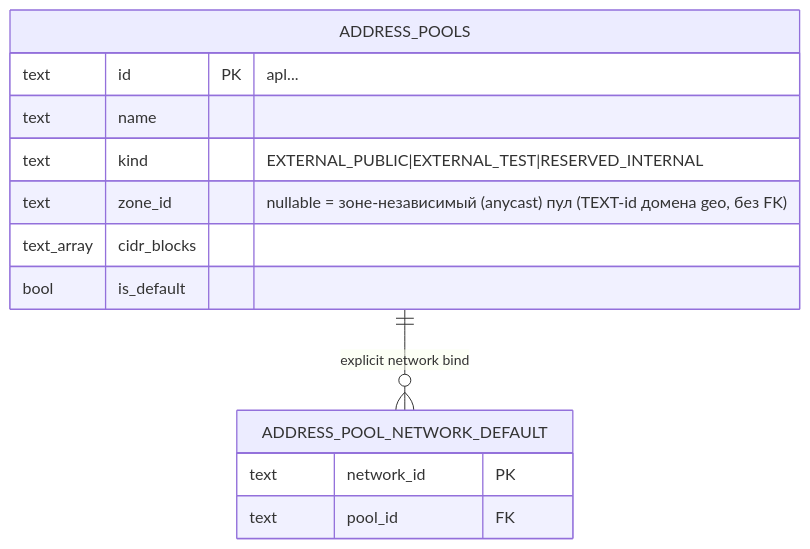
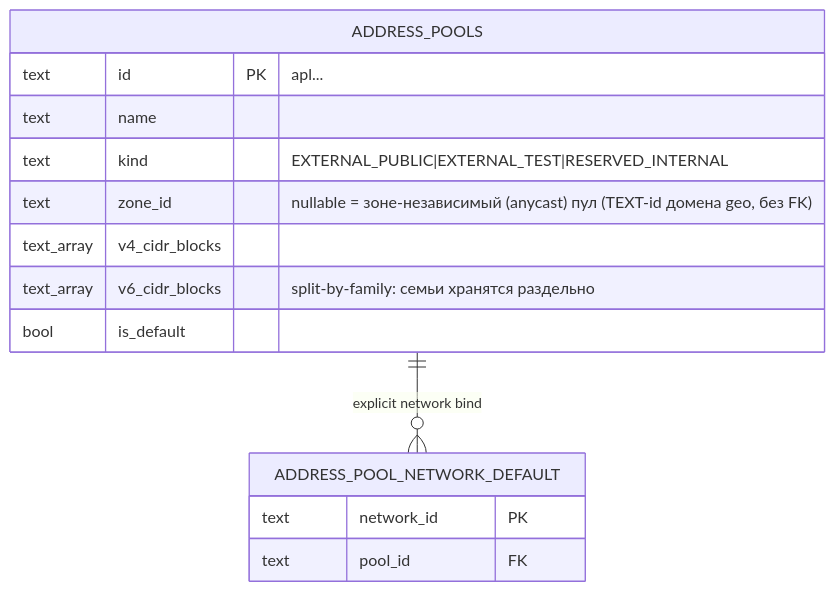
Before and after one commit to PRO-Robotech/kacho: the first of 2 diagrams in services/vpc/docs/engineering/architecture/03-ipam.md, drawn with Mermaid. The commit also changed other lines of this file and 11 other files, not shown here.

````diff
--- a/services/vpc/docs/engineering/architecture/03-ipam.md
+++ b/services/vpc/docs/engineering/architecture/03-ipam.md
@@ -8,17 +8,18 @@
 ```mermaid
 erDiagram
   ADDRESS_POOLS ||--o{ ADDRESS_POOL_NETWORK_DEFAULT : "explicit network bind"
 
   ADDRESS_POOLS {
     text id PK "apl..."
     text name
     text kind "EXTERNAL_PUBLIC|EXTERNAL_TEST|RESERVED_INTERNAL"
     text zone_id "nullable = зоне-независимый (anycast) пул (TEXT-id домена geo, без FK)"
-    text_array cidr_blocks
+    text_array v4_cidr_blocks
+    text_array v6_cidr_blocks "split-by-family: семьи хранятся раздельно"
     bool is_default
   }
   ADDRESS_POOL_NETWORK_DEFAULT {
     text network_id PK
     text pool_id FK
   }
 ```
````
